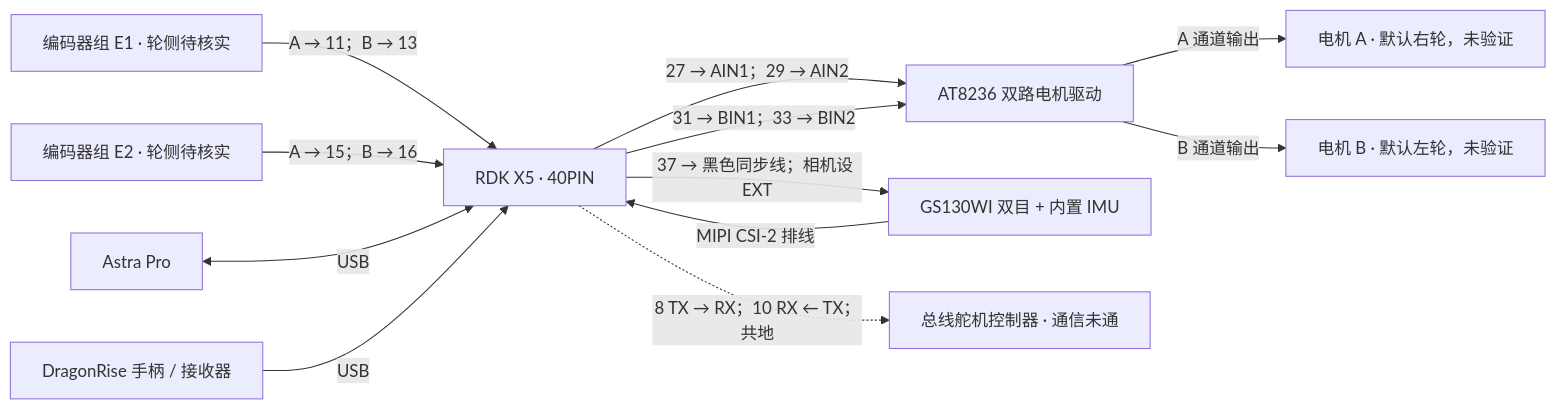
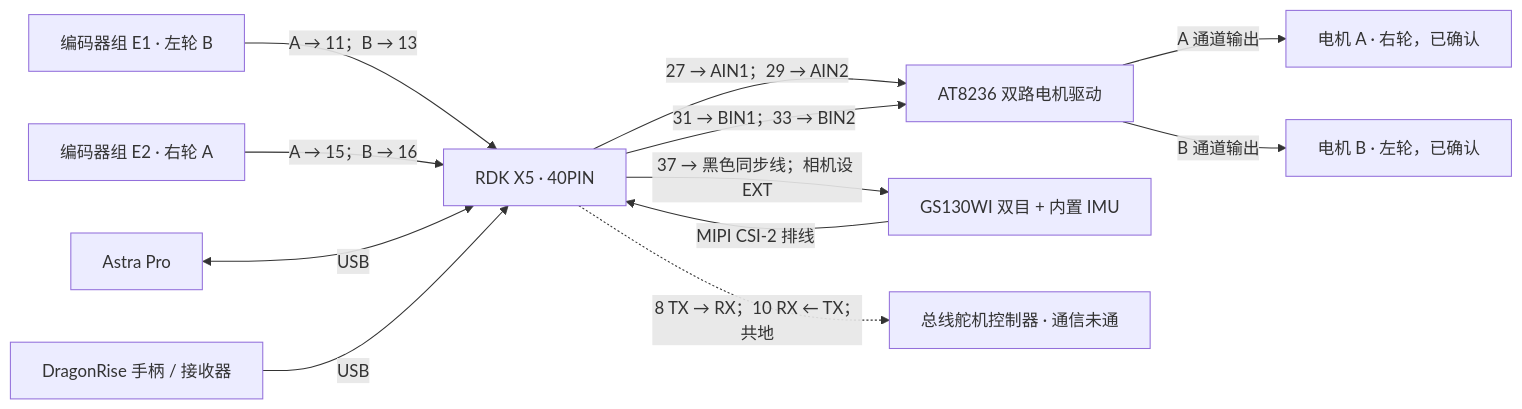
The first of 3 diagrams in docs/hardware/WIRING.md (JeremiahWu/RoboWheels), drawn with Mermaid before and after one commit. The commit also changed other lines of this file and 30 other files, not shown here.

````diff
--- a/docs/hardware/WIRING.md
+++ b/docs/hardware/WIRING.md
@@ -9,18 +9,18 @@
 ```mermaid
 flowchart LR
   X["RDK X5 · 40PIN"]
   D["AT8236 双路电机驱动"]
-  E1["编码器组 E1 · 轮侧待核实"]
-  E2["编码器组 E2 · 轮侧待核实"]
+  E1["编码器组 E1 · 左轮 B"]
+  E2["编码器组 E2 · 右轮 A"]
   X -->|"27 → AIN1；29 → AIN2"| D
   X -->|"31 → BIN1；33 → BIN2"| D
-  D -->|"A 通道输出"| A["电机 A · 默认右轮，未验证"]
-  D -->|"B 通道输出"| B["电机 B · 默认左轮，未验证"]
+  D -->|"A 通道输出"| A["电机 A · 右轮，已确认"]
+  D -->|"B 通道输出"| B["电机 B · 左轮，已确认"]
   E1 -->|"A → 11；B → 13"| X
   E2 -->|"A → 15；B → 16"| X
   C["GS130WI 双目 + 内置 IMU"] -->|"MIPI CSI-2 排线"| X
   X -->|"37 → 黑色同步线；相机设 EXT"| C
   U["Astra Pro"] <-->|"USB"| X
   J["DragonRise 手柄 / 接收器"] -->|"USB"| X
   X -.->|"8 TX → RX；10 RX ← TX；共地"| S["总线舵机控制器 · 通信未通"]
 ```
````
